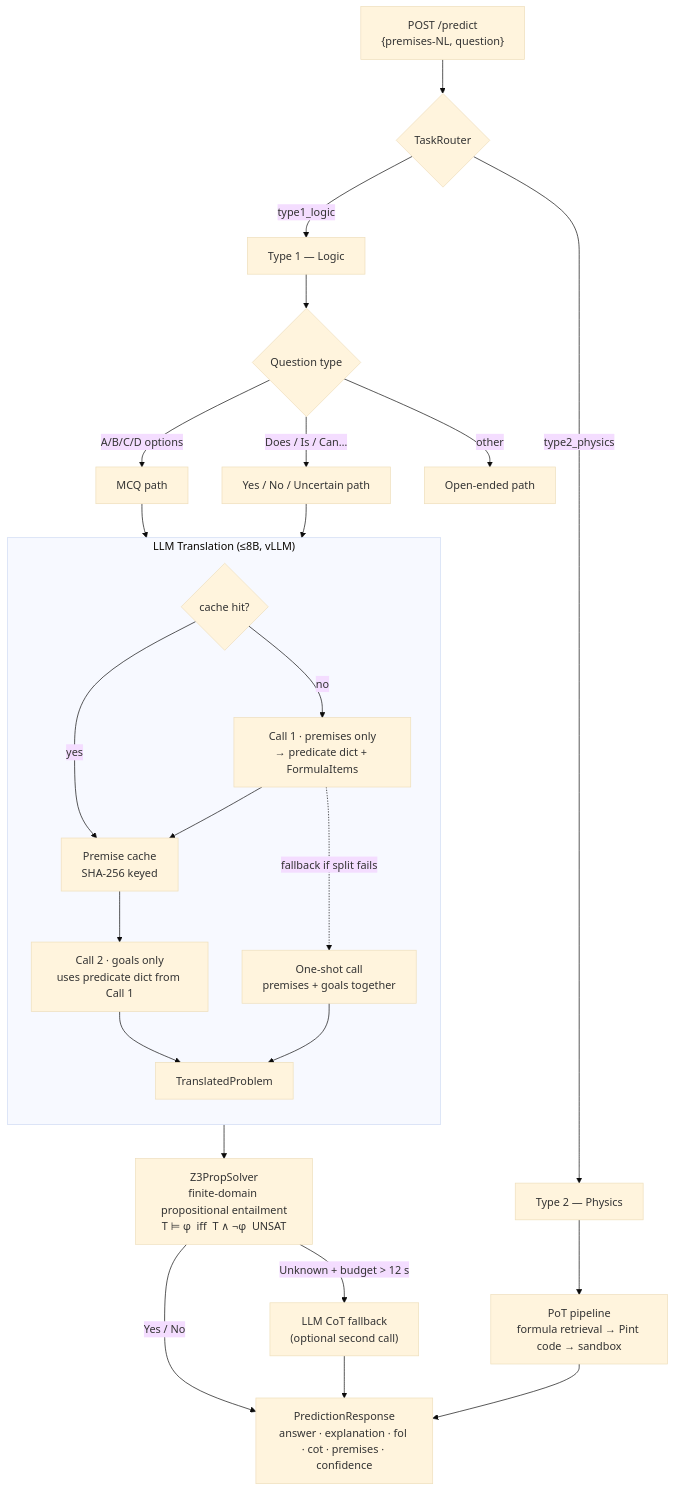
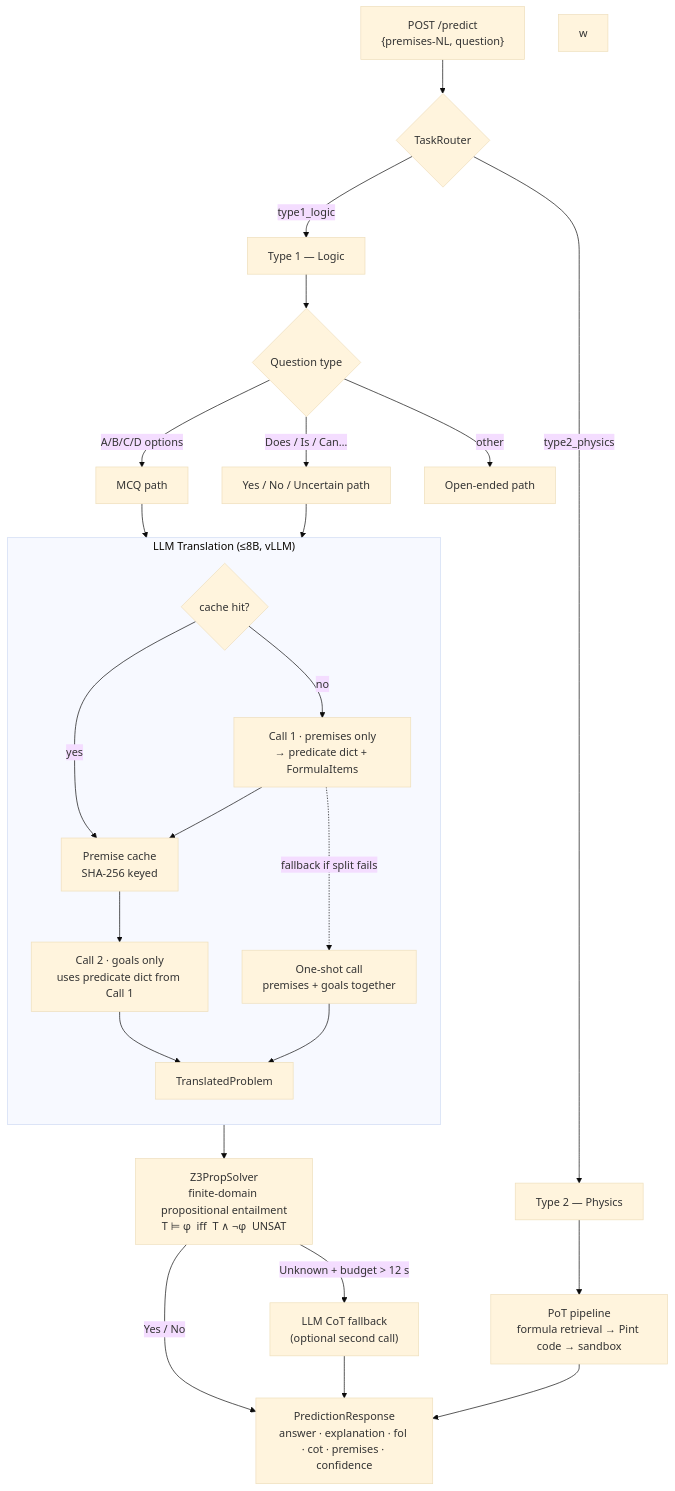
Before and after one commit to khang1108/Exact2026: the diagram in README.md, drawn with Mermaid (base theme). The commit also changed 4 other files, not shown here.

````diff
--- a/README.md
+++ b/README.md
@@ -24,38 +24,38 @@
 ```mermaid
 flowchart TD
     REQ["POST /predict\n{premises-NL, question}"]
     REQ --> ROUTER{TaskRouter}
 
     ROUTER -->|type1_logic| T1["Type 1 — Logic"]
     ROUTER -->|type2_physics| T2["Type 2 — Physics"]
-
+w
     T1 --> QTYPE{Question type}
     QTYPE -->|"A/B/C/D options"| MCQ[MCQ path]
     QTYPE -->|"Does / Is / Can…"| YNU[Yes / No / Uncertain path]
     QTYPE -->|other| OE[Open-ended path]
 
     MCQ & YNU --> TRANS
 
     subgraph TRANS ["LLM Translation  (≤8B, vLLM)"]
         direction TB
         CHK{cache hit?}
         CHK -->|yes| CACHE["Premise cache\nSHA-256 keyed"]
         CHK -->|no| P1["Call 1 · premises only\n→ predicate dict + FormulaItems"]
         P1 --> CACHE
         CACHE --> P2["Call 2 · goals only\nuses predicate dict from Call 1"]
         P2 --> TP[TranslatedProblem]
         P1 -. "fallback if split fails" .-> OS["One-shot call\npremises + goals together"]
         OS --> TP
     end
 
     TP --> Z3["Z3PropSolver\nfinite-domain propositional entailment\nT ⊨ φ  iff  T ∧ ¬φ  UNSAT"]
 
     Z3 -->|"Yes / No"| ANS
     Z3 -->|"Unknown + budget > 12 s"| FALLBACK["LLM CoT fallback\n(optional second call)"]
     FALLBACK --> ANS
 
     ANS["PredictionResponse\nanswer · explanation · fol · cot · premises · confidence"]
 
     T2 --> POT["PoT pipeline\nformula retrieval → Pint code → sandbox"]
     POT --> ANS
 ```
````
